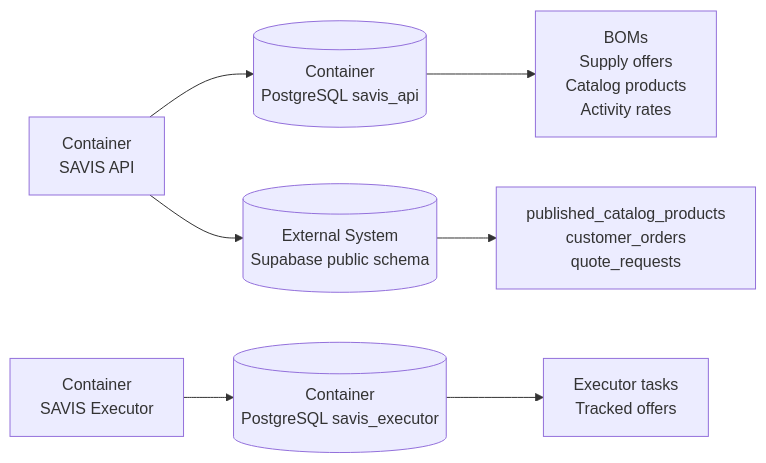
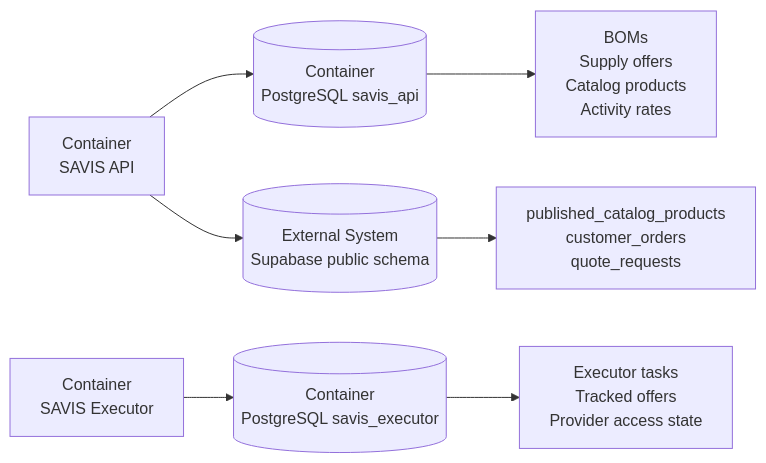
Before and after one commit to wiljeanlouis/savis: diagram 14 of 14 in docs/ARCHITECTURE.md, drawn with Mermaid. The commit also changed other lines of this file and 12 other files, not shown here.

Commit message:
feat: implement provider access policy with circuit breaker and request pacing

````diff
--- a/docs/ARCHITECTURE.md
+++ b/docs/ARCHITECTURE.md
@@ -538,10 +545,10 @@
 ```mermaid
 flowchart LR
   Api["Container<br/>SAVIS API"] --> PgApi[("Container<br/>PostgreSQL savis_api")]
   Executor["Container<br/>SAVIS Executor"] --> PgExecutor[("Container<br/>PostgreSQL savis_executor")]
   Api --> Supabase[("External System<br/>Supabase public schema")]
 
   PgApi --> ApiTables["BOMs<br/>Supply offers<br/>Catalog products<br/>Activity rates"]
-  PgExecutor --> ExecutorTables["Executor tasks<br/>Tracked offers"]
+  PgExecutor --> ExecutorTables["Executor tasks<br/>Tracked offers<br/>Provider access state"]
   Supabase --> PublicTables["published_catalog_products<br/>customer_orders<br/>quote_requests"]
 ```
````
